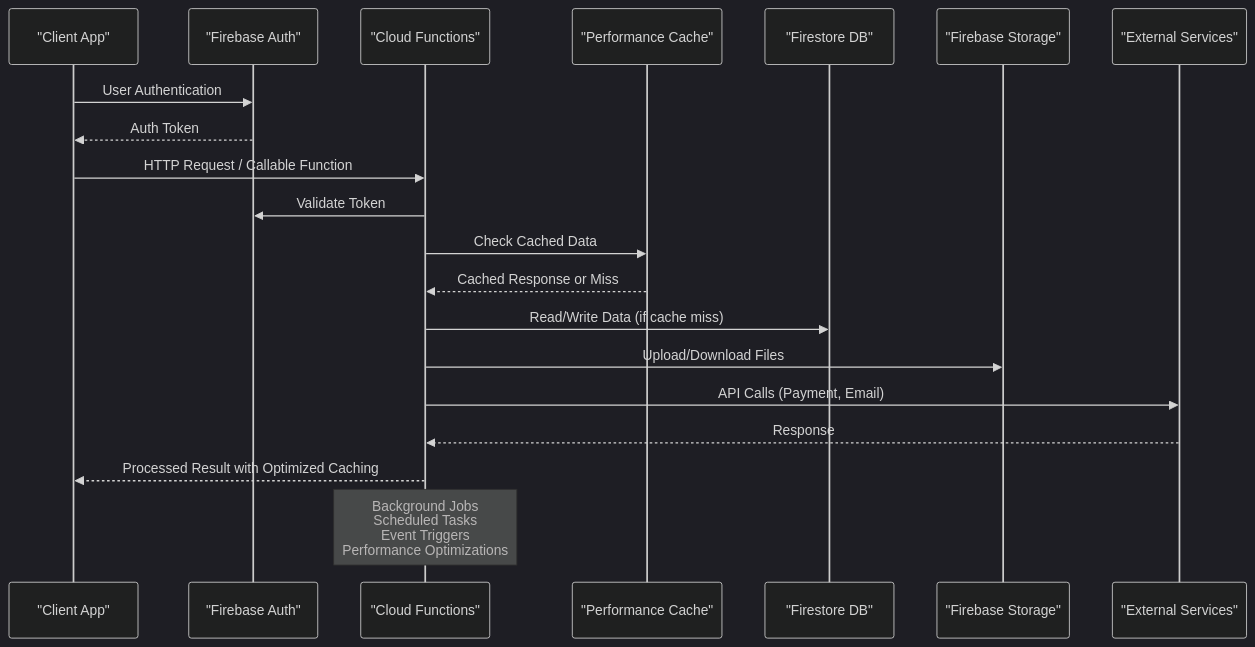
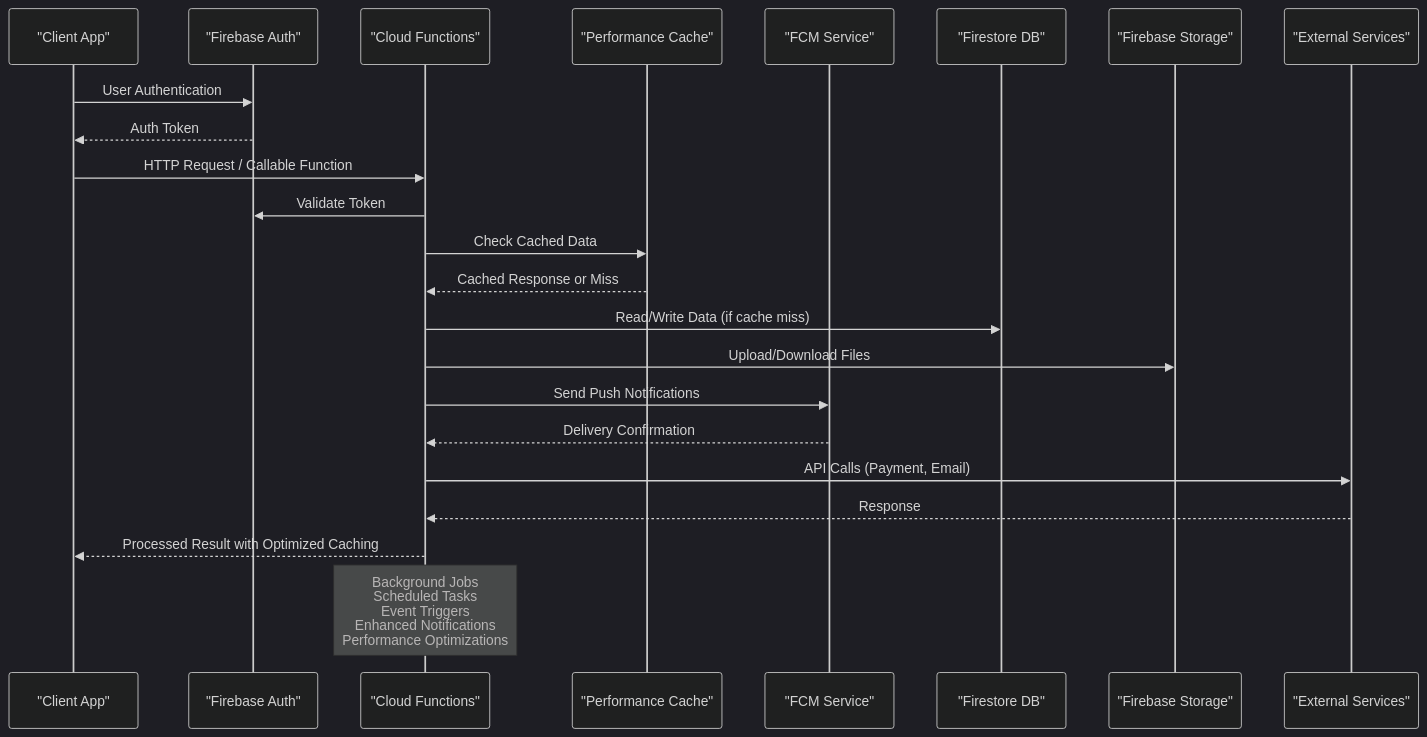
The second of 16 diagrams in .qoder/repowiki/en/content/Cloud Functions & Backend Services/Cloud Functions & Backend Services.md (raihom-netizen/com.gestaoyahwehios.app), drawn with Mermaid (dark theme) before and after one commit. The commit also changed other lines of this file and 161 other files, not shown here.

````diff
--- a/.qoder/repowiki/en/content/Cloud Functions & Backend Services/Cloud Functions & Backend Services.md
+++ b/.qoder/repowiki/en/content/Cloud Functions & Backend Services/Cloud Functions & Backend Services.md
@@ -159,22 +168,25 @@
 ```mermaid
 sequenceDiagram
 participant Client as "Client App"
 participant Auth as "Firebase Auth"
 participant Functions as "Cloud Functions"
 participant Cache as "Performance Cache"
+participant FCM as "FCM Service"
 participant Firestore as "Firestore DB"
 participant Storage as "Firebase Storage"
 participant External as "External Services"
 Client->>Auth : User Authentication
 Auth-->>Client : Auth Token
 Client->>Functions : HTTP Request / Callable Function
 Functions->>Auth : Validate Token
 Functions->>Cache : Check Cached Data
 Cache-->>Functions : Cached Response or Miss
 Functions->>Firestore : Read/Write Data (if cache miss)
 Functions->>Storage : Upload/Download Files
+Functions->>FCM : Send Push Notifications
+FCM-->>Functions : Delivery Confirmation
 Functions->>External : API Calls (Payment, Email)
 External-->>Functions : Response
 Functions-->>Client : Processed Result with Optimized Caching
-Note over Functions : Background Jobs<br/>Scheduled Tasks<br/>Event Triggers<br/>Performance Optimizations
+Note over Functions : Background Jobs<br/>Scheduled Tasks<br/>Event Triggers<br/>Enhanced Notifications<br/>Performance Optimizations
 ```
````
